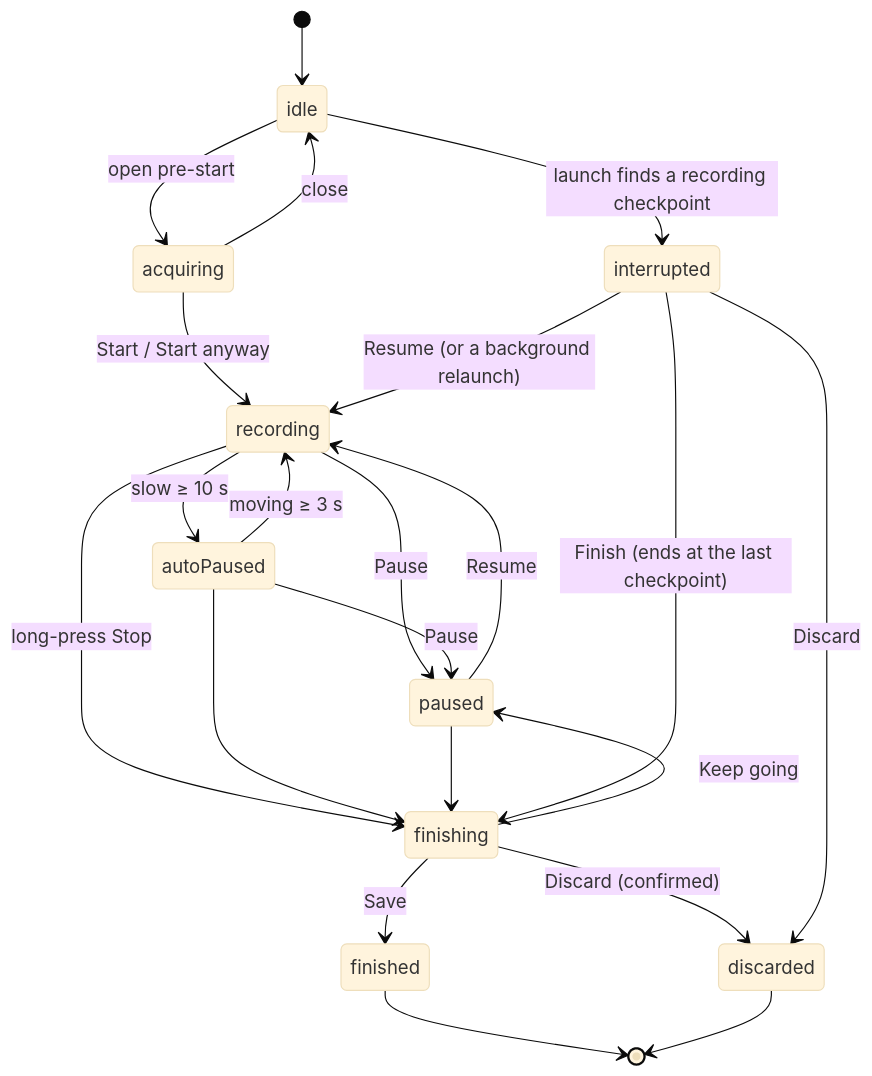
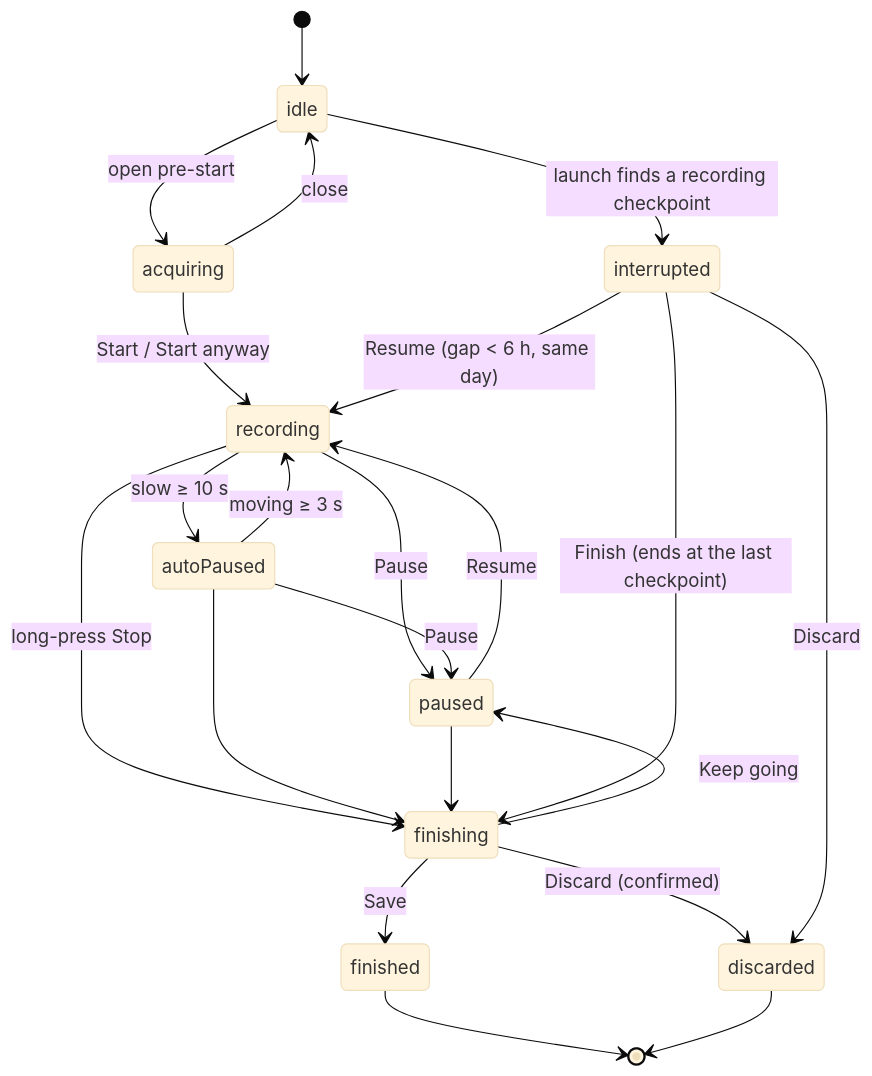
One commit to timkrebs/ryft-app changed the second of 4 diagrams in docs/work/2026-10-22-my-day-activities/design.md. Above: the diagram before and after it, drawn with Mermaid (base theme). The commit also changed other lines of this file and 7 other files, not shown here.

````diff
--- a/docs/work/2026-10-22-my-day-activities/design.md
+++ b/docs/work/2026-10-22-my-day-activities/design.md
@@ -295,24 +327,24 @@
 ```mermaid
 stateDiagram-v2
   [*] --> idle
   idle --> acquiring: open pre-start
   acquiring --> idle: close
   acquiring --> recording: Start / Start anyway
   recording --> paused: Pause
   recording --> autoPaused: slow ≥ 10 s
   autoPaused --> recording: moving ≥ 3 s
   autoPaused --> paused: Pause
   paused --> recording: Resume
   recording --> finishing: long-press Stop
   autoPaused --> finishing
   paused --> finishing
   finishing --> paused: Keep going
   finishing --> finished: Save
   finishing --> discarded: Discard (confirmed)
   idle --> interrupted: launch finds a recording checkpoint
-  interrupted --> recording: Resume (or a background relaunch)
+  interrupted --> recording: Resume (gap < 6 h, same day)
   interrupted --> finishing: Finish (ends at the last checkpoint)
   interrupted --> discarded: Discard
   finished --> [*]
   discarded --> [*]
 ```
````
